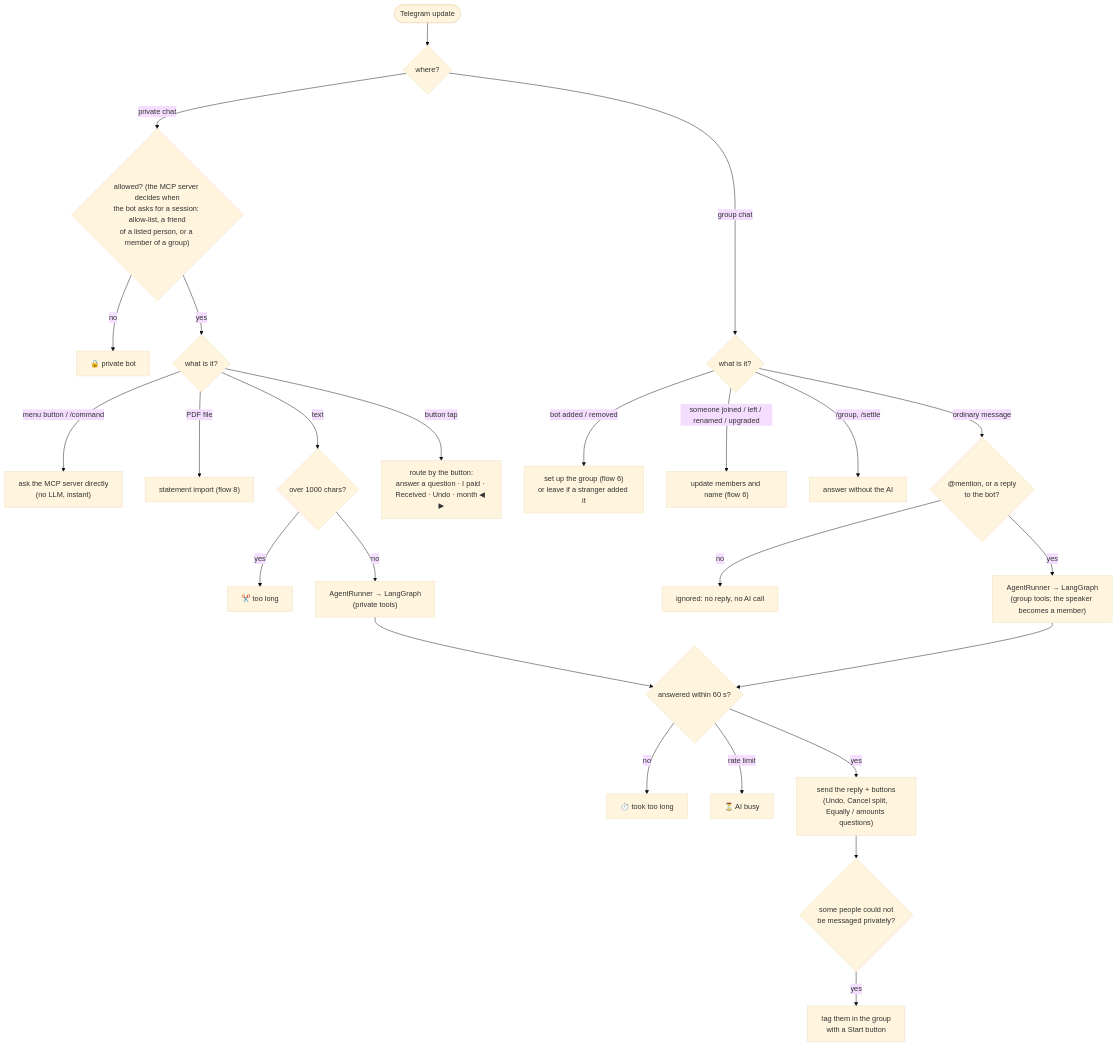
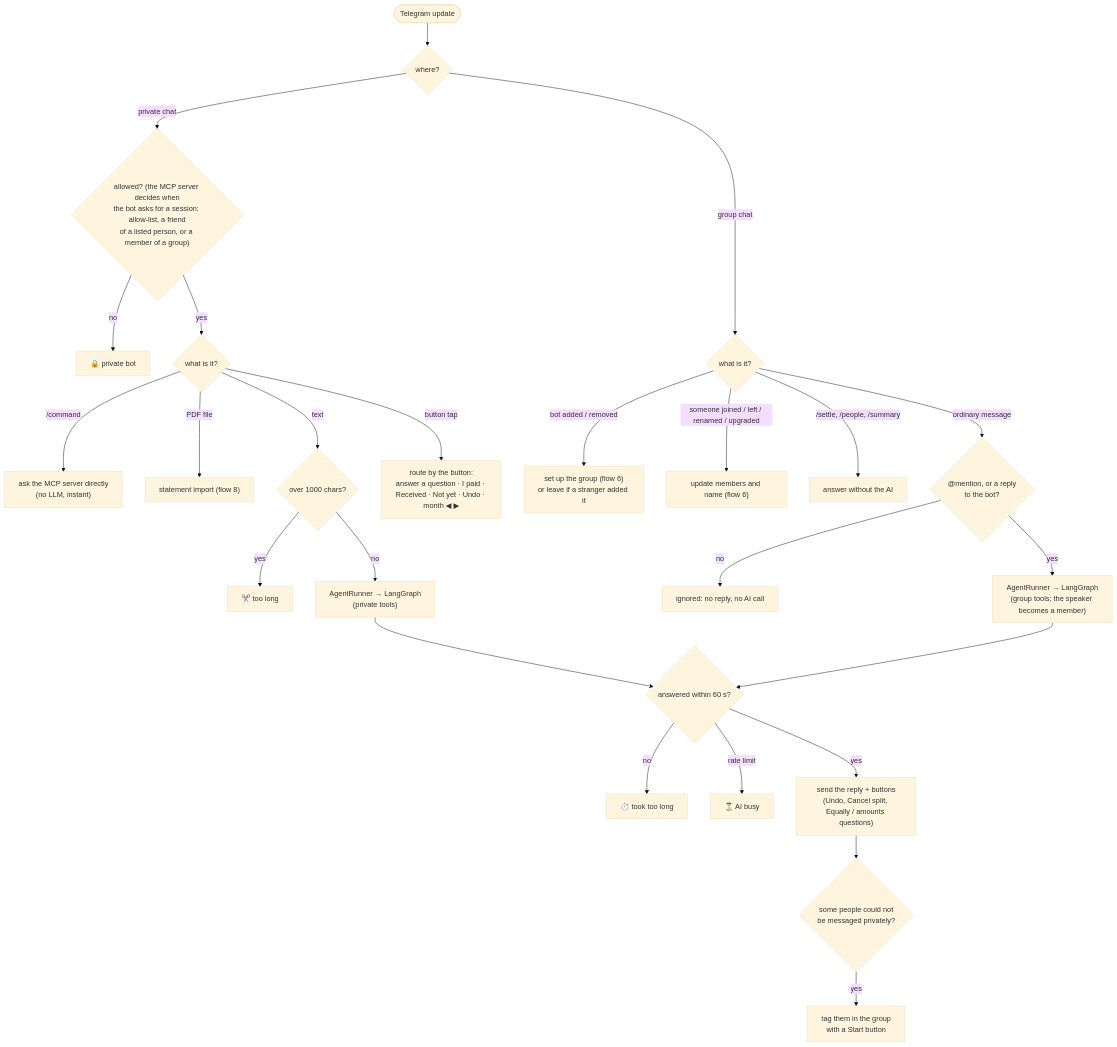
Before and after one commit to yeturu-surya-fission/Expense_Tracker: the first of 13 diagrams in docs/FLOWS.md, drawn with Mermaid (base theme). The commit also changed other lines of this file and 7 other files, not shown here.

````diff
--- a/docs/FLOWS.md
+++ b/docs/FLOWS.md
@@ -21,30 +21,30 @@
 ```mermaid
 flowchart TD
     IN(["Telegram update"]) --> WHERE{"where?"}
 
     WHERE -->|"private chat"| PALLOW{"allowed? (the MCP server decides when<br/>the bot asks for a session: allow-list, a friend<br/>of a listed person, or a member of a group)"}
     PALLOW -->|no| DENY["🔒 private bot"]
     PALLOW -->|yes| PKIND{"what is it?"}
-    PKIND -->|"menu button / /command"| DIRECT["ask the MCP server directly<br/>(no LLM, instant)"]
+    PKIND -->|"/command"| DIRECT["ask the MCP server directly<br/>(no LLM, instant)"]
     PKIND -->|"PDF file"| PDF["statement import (flow 8)"]
     PKIND -->|"text"| LEN{"over 1000 chars?"}
     LEN -->|yes| TOOLONG["✂️ too long"]
     LEN -->|no| AGENT["AgentRunner → LangGraph<br/>(private tools)"]
-    PKIND -->|"button tap"| CB["route by the button:<br/>answer a question · I paid · Received · Undo · month ◀ ▶"]
+    PKIND -->|"button tap"| CB["route by the button:<br/>answer a question · I paid · Received · Not yet · Undo · month ◀ ▶"]
 
     WHERE -->|"group chat"| GKIND{"what is it?"}
     GKIND -->|"bot added / removed"| SETUP["set up the group (flow 6)<br/>or leave if a stranger added it"]
     GKIND -->|"someone joined / left / renamed / upgraded"| MEMB["update members and name (flow 6)"]
-    GKIND -->|"/group, /settle"| GCMD["answer without the AI"]
+    GKIND -->|"/settle, /people, /summary"| GCMD["answer without the AI"]
     GKIND -->|"ordinary message"| ADDR{"@mention, or a reply<br/>to the bot?"}
     ADDR -->|no| IGN["ignored: no reply, no AI call"]
     ADDR -->|yes| GAGENT["AgentRunner → LangGraph<br/>(group tools; the speaker becomes a member)"]
 
     AGENT --> TO{"answered within 60 s?"}
     GAGENT --> TO
     TO -->|no| T1["⏱️ took too long"]
     TO -->|"rate limit"| T2["⏳ AI busy"]
     TO -->|yes| SEND["send the reply + buttons<br/>(Undo, Cancel split, Equally / amounts questions)"]
     SEND --> TAG{"some people could not<br/>be messaged privately?"}
     TAG -->|yes| START["tag them in the group<br/>with a Start button"]
 ```
````
